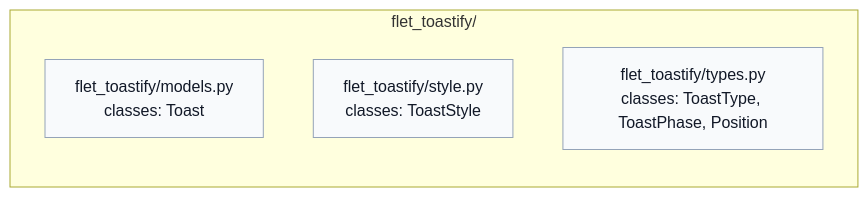
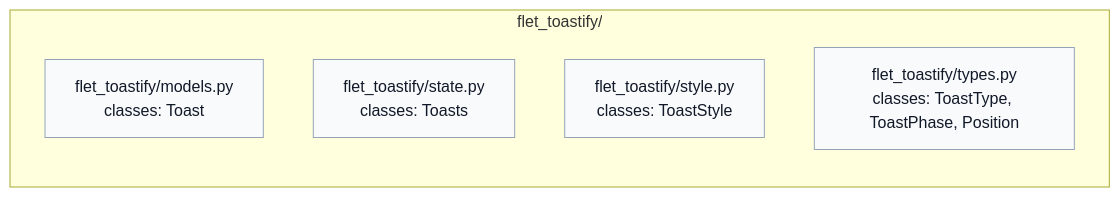
One commit to brunobrown/flet-toastify changed the diagram in docs/assets/diagrams/generated/hierarchy.mmd. Above: the diagram before and after it, drawn with Mermaid. The commit also changed 15 other files, not shown here.

First line of the commit message:
feat: adiciona estado observável Toasts e objeto global toast

```diff
--- a/docs/assets/diagrams/generated/hierarchy.mmd
+++ b/docs/assets/diagrams/generated/hierarchy.mmd
@@ -1,10 +1,11 @@
 flowchart TD
   %% flet-toastify generated architecture diagrams: module hierarchy
   subgraph node_1["flet_toastify/"]
     direction TD
     node_2["flet_toastify/models.py<br/>classes: Toast"]:::module
-    node_3["flet_toastify/style.py<br/>classes: ToastStyle"]:::module
-    node_4["flet_toastify/types.py<br/>classes: ToastType, ToastPhase, Position"]:::module
+    node_3["flet_toastify/state.py<br/>classes: Toasts"]:::module
+    node_4["flet_toastify/style.py<br/>classes: ToastStyle"]:::module
+    node_5["flet_toastify/types.py<br/>classes: ToastType, ToastPhase, Position"]:::module
   end
 
   classDef module fill:#f8fafc,stroke:#94a3b8,color:#111827
```
